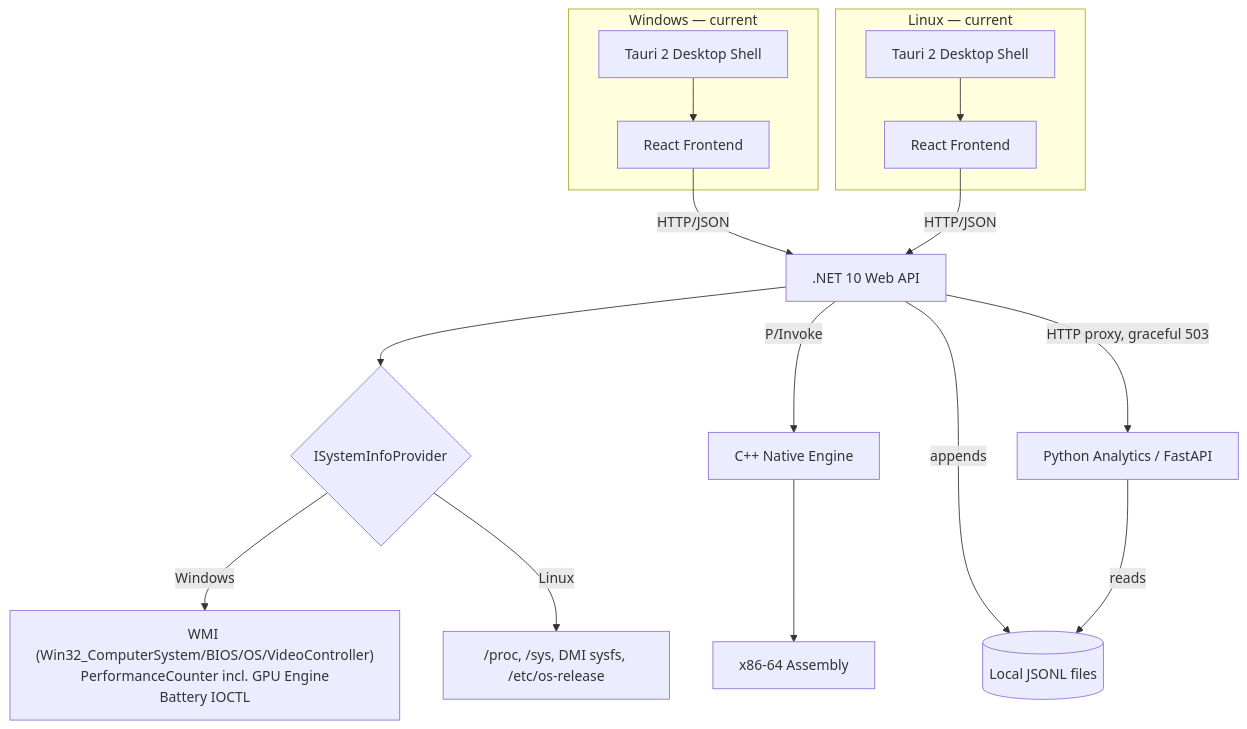
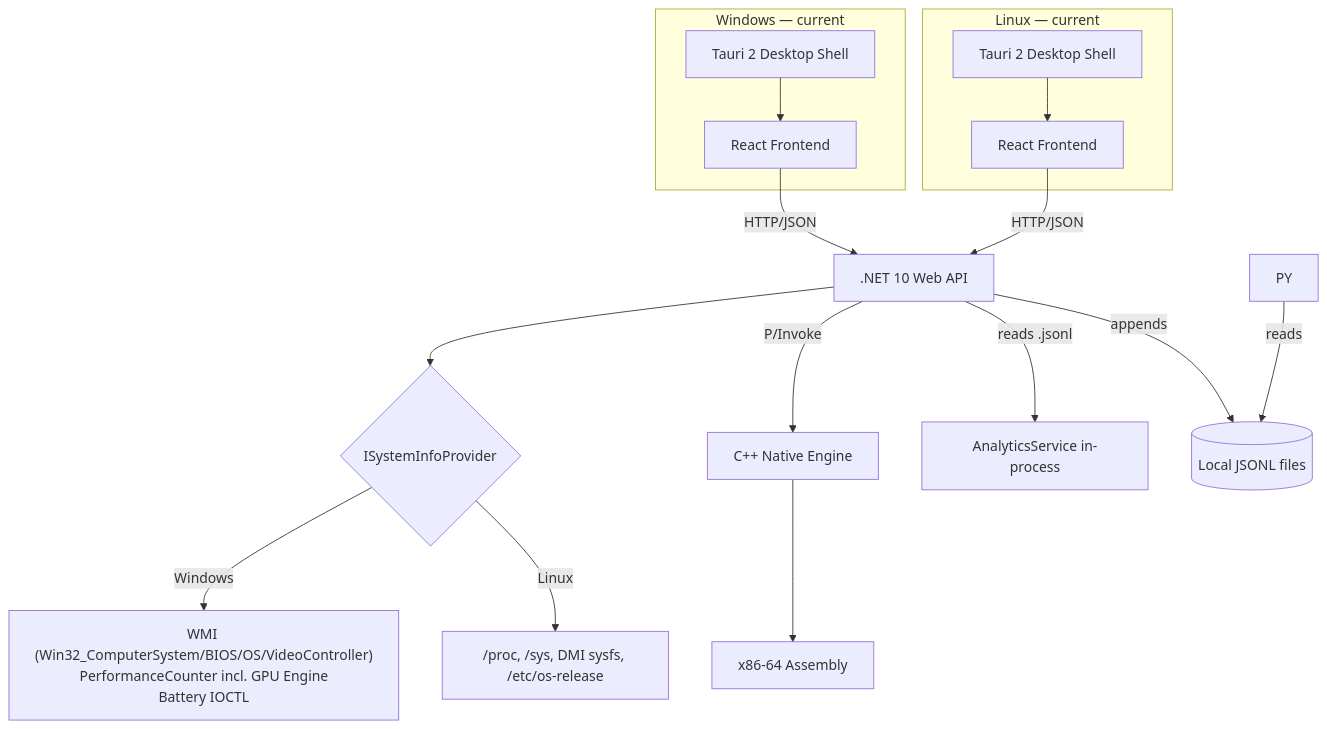
One commit to VipulSharma143/System-Info changed the diagram in PROJECT_STATUS.md. Above: the diagram before and after it, drawn with Mermaid. The commit also changed other lines of this file and 78 other files, not shown here.

````diff
--- a/PROJECT_STATUS.md
+++ b/PROJECT_STATUS.md
@@ -38,18 +38,18 @@
 ```mermaid
 flowchart TB
     subgraph Windows["Windows — current"]
         TW[Tauri 2 Desktop Shell] --> FEW[React Frontend]
     end
     subgraph Linux["Linux — current"]
         TL[Tauri 2 Desktop Shell] --> FEL[React Frontend]
     end
     FEW -- HTTP/JSON --> API[.NET 10 Web API]
     FEL -- HTTP/JSON --> API
     API --> PROV{ISystemInfoProvider}
     PROV -->|Windows| WINP["WMI (Win32_ComputerSystem/BIOS/OS/VideoController)\nPerformanceCounter incl. GPU Engine\nBattery IOCTL"]
     PROV -->|Linux| LINP["/proc, /sys, DMI sysfs, /etc/os-release"]
     API -- P/Invoke --> CPP[C++ Native Engine] --> ASM[x86-64 Assembly]
-    API -- HTTP proxy, graceful 503 --> PY[Python Analytics / FastAPI]
+    API -- reads .jsonl --> AN[AnalyticsService in-process]
     API -- appends --> STORE[(Local JSONL files)]
     PY -- reads --> STORE
 ```
````
